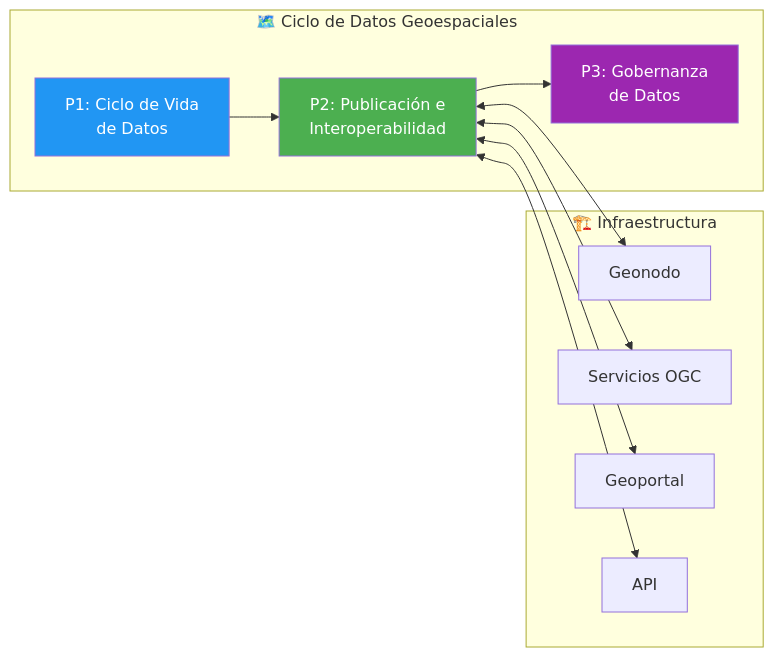
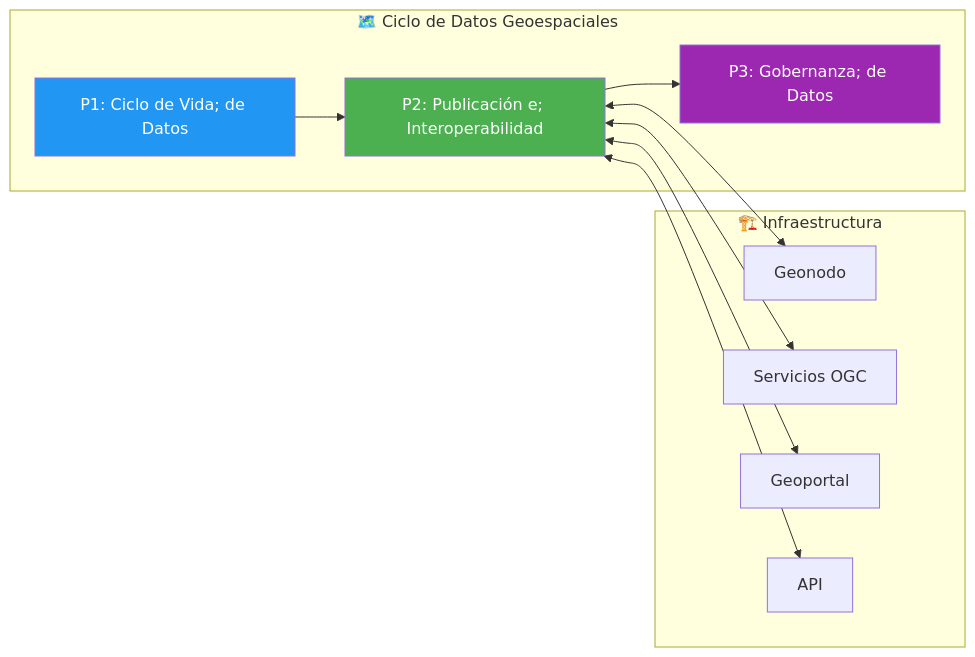
The first of 7 diagrams in drafts/gn/bpmn/bpmn-d10-geoespacial-ide.md (felix-antonio-sl/kora), drawn with Mermaid before and after one commit. The commit also changed other lines of this file and 265 other files, not shown here.

````diff
--- a/drafts/gn/bpmn/bpmn-d10-geoespacial-ide.md
+++ b/drafts/gn/bpmn/bpmn-d10-geoespacial-ide.md
@@ -72,19 +64,22 @@
 ```mermaid
 flowchart LR
-    subgraph CICLO["🗺️ Ciclo de Datos Geoespaciales"]
-        P1["P1: Ciclo de Vida<br/>de Datos"]
-        P2["P2: Publicación e<br/>Interoperabilidad"]
-        P3["P3: Gobernanza<br/>de Datos"]
-    end
-    subgraph INFRAESTRUCTURA["🏗️ Infraestructura"]
-        I1["Geonodo"]
-        I2["Servicios OGC"]
-        I3["Geoportal"]
-        I4["API"]
-    end
-    P1 --> P2 --> P3
-    P2 <--> I1 & I2 & I3 & I4
-    style P1 fill:#2196F3,color:#fff
-    style P2 fill:#4CAF50,color:#fff
-    style P3 fill:#9C27B0,color:#fff
+ subgraph CICLO["🗺️ Ciclo de Datos Geoespaciales"]
+ P1["P1: Ciclo de Vida; de Datos"]
+ P2["P2: Publicación e; Interoperabilidad"]
+ P3["P3: Gobernanza; de Datos"]
+ end
+
+ subgraph INFRAESTRUCTURA["🏗️ Infraestructura"]
+ I1["Geonodo"]
+ I2["Servicios OGC"]
+ I3["Geoportal"]
+ I4["API"]
+ end
+
+ P1 --> P2 --> P3
+ P2 <--> I1 & I2 & I3 & I4
+
+ style P1 fill:#2196F3,color:#fff
+ style P2 fill:#4CAF50,color:#fff
+ style P3 fill:#9C27B0,color:#fff
 ```
````
